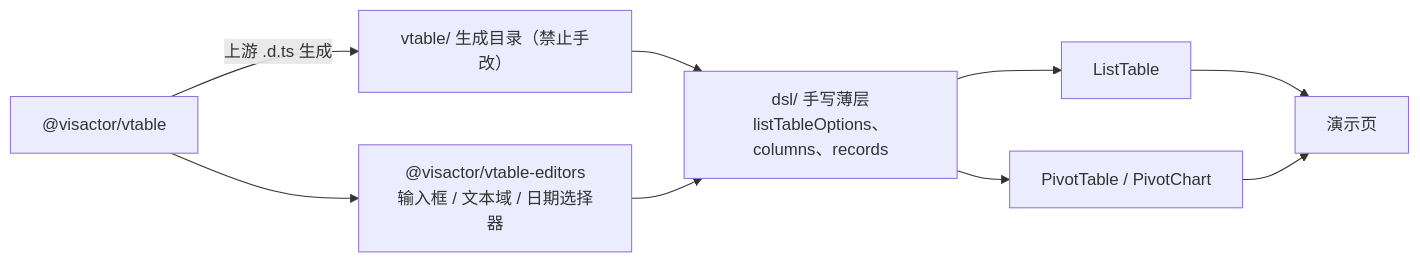
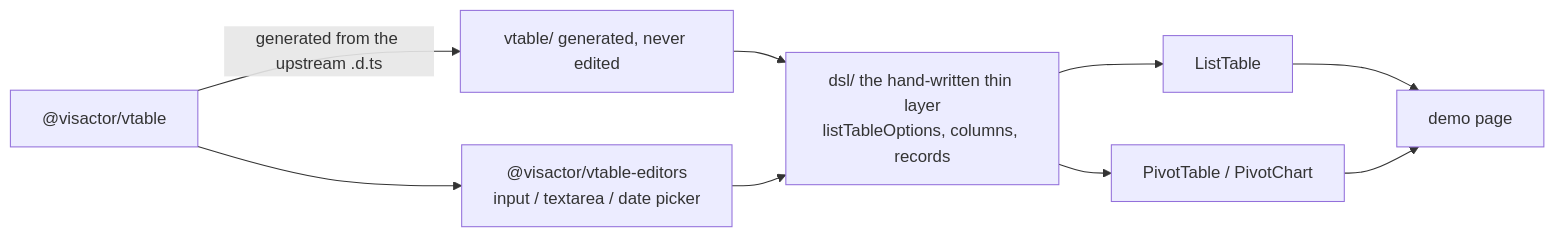
The diagram in docs/src/jsMain/resources/docs/intro.md (shijianjs/ktjs-vtable), drawn with Mermaid before and after one commit. The commit also changed 12 other files, not shown here.

Commit message:
docs: one mermaid diagram per guide page (en + zh)

````diff
--- a/docs/src/jsMain/resources/docs/intro.md
+++ b/docs/src/jsMain/resources/docs/intro.md
@@ -45,11 +45,11 @@
 ```mermaid
 flowchart LR
-  NPM["@visactor/vtable"] -->|"上游 .d.ts 生成"| GEN["vtable/ 生成目录（禁止手改）"]
-  GEN --> DSL["dsl/ 手写薄层<br/>listTableOptions、columns、records"]
-  NPM --> ED["@visactor/vtable-editors<br/>输入框 / 文本域 / 日期选择器"]
-  ED --> DSL
-  DSL --> LT["ListTable"]
-  DSL --> PT["PivotTable / PivotChart"]
-  LT --> DEMO["演示页"]
-  PT --> DEMO
+    NPM["@visactor/vtable"] -->|"generated from the upstream .d.ts"| GEN["vtable/ generated, never edited"]
+    GEN --> DSL["dsl/ the hand-written thin layer<br/>listTableOptions, columns, records"]
+    NPM --> ED["@visactor/vtable-editors<br/>input / textarea / date picker"]
+    ED --> DSL
+    DSL --> LT["ListTable"]
+    DSL --> PT["PivotTable / PivotChart"]
+    LT --> DEMO["demo page"]
+    PT --> DEMO
 ```
````
